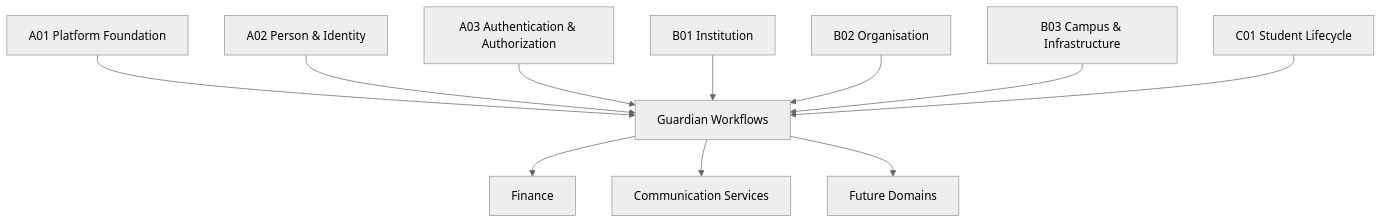
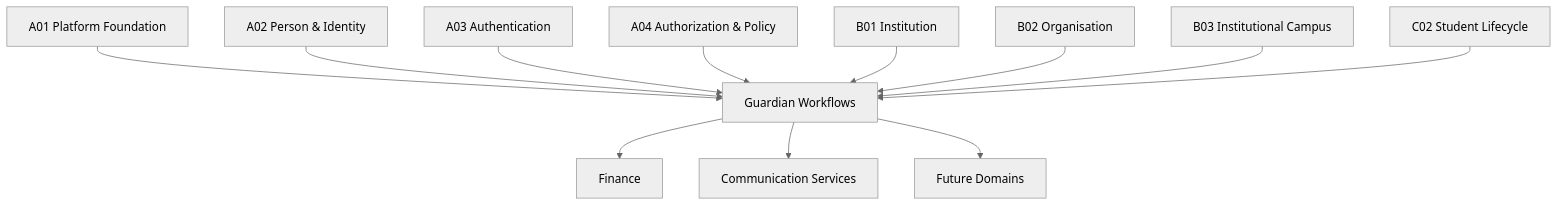
Diagram 19 of 19 in architecture/L2_Domain_Workflow_Architecture/section-c/L2-C06_Guardian_Workflows.md (Varad1604/ERP_hark), drawn with Mermaid (neutral theme) before and after one commit. The commit also changed 76 other files, not shown here.

````diff
--- a/architecture/L2_Domain_Workflow_Architecture/section-c/L2-C06_Guardian_Workflows.md
+++ b/architecture/L2_Domain_Workflow_Architecture/section-c/L2-C06_Guardian_Workflows.md
@@ -4369,27 +4369,29 @@
 ```mermaid
 flowchart TD
     A[A01 Platform Foundation]
     B[A02 Person & Identity]
-    C[A03 Authentication & Authorization]
+    C[A03 Authentication]
+    C2[A04 Authorization & Policy]
     D[B01 Institution]
     E[B02 Organisation]
-    F[B03 Campus & Infrastructure]
-    SL[C01 Student Lifecycle]
+    F[B03 Institutional Campus]
+    SL[C02 Student Lifecycle]
     G[Guardian Workflows]
 
     H[Finance]
     I[Communication Services]
     J[Future Domains]
 
     A --> G
     B --> G
     C --> G
+    C2 --> G
     D --> G
     E --> G
     F --> G
     SL --> G
 
     G --> H
     G --> I
     G --> J
 ```
````
